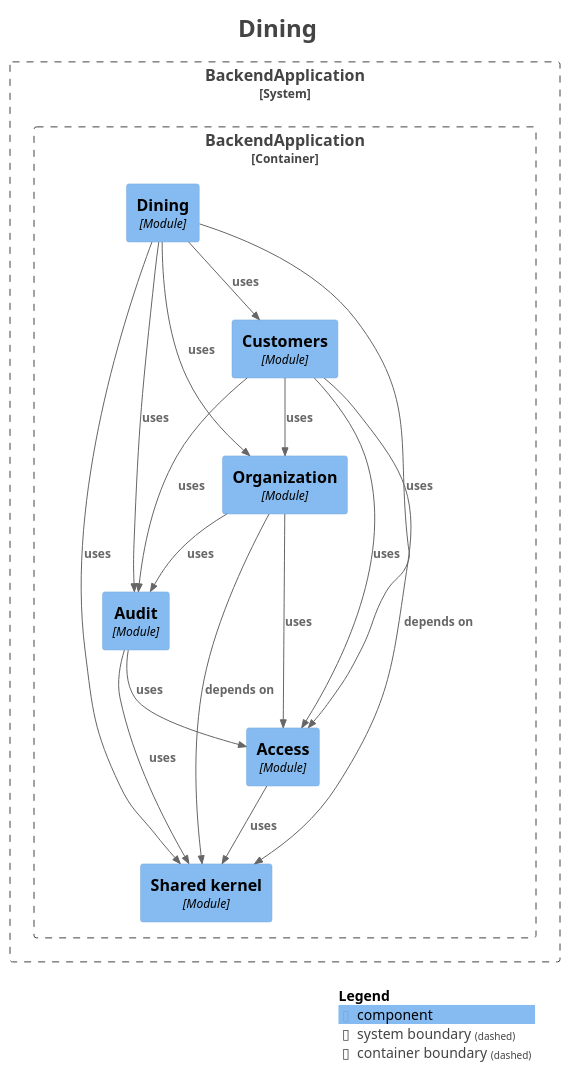
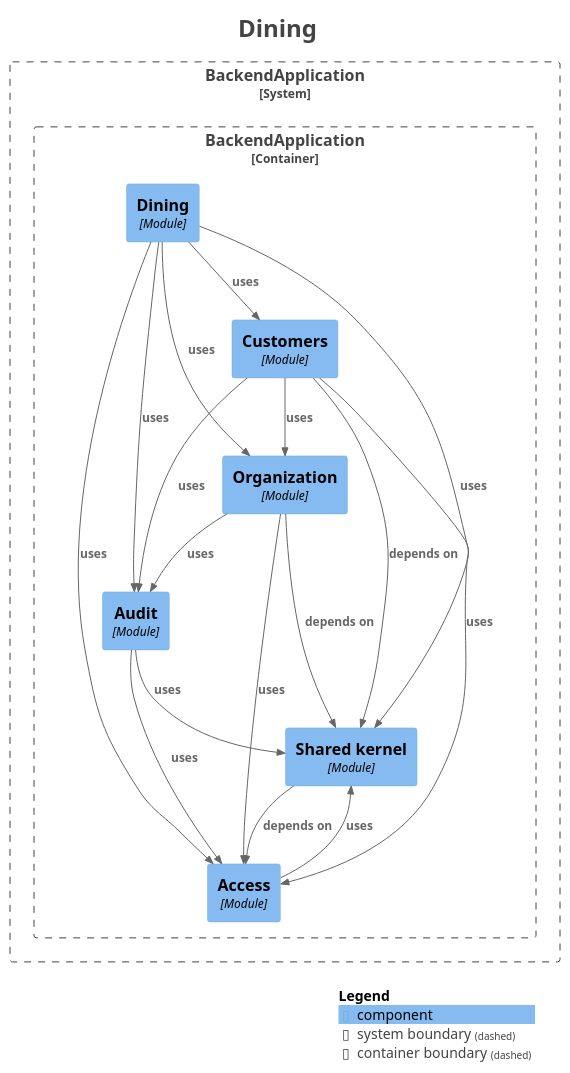
The diagram in docs/architecture/modules/module-dining.puml (fxavier/restaurantePRO), drawn with PlantUML before and after one commit. The commit also changed 33 other files, not shown here.

```diff
--- a/docs/architecture/modules/module-dining.puml
+++ b/docs/architecture/modules/module-dining.puml
@@ -1,48 +1,49 @@
 @startuml
 title <size:24>Dining</size>
 
 set separator none
 top to bottom direction
 
 <style>
   root {
     BackgroundColor: #ffffff
     FontColor: #444444
   }
 </style>
 
 !include <C4/C4>
 !include <C4/C4_Context>
 !include <C4/C4_Component>
 
 System_Boundary("BackendApplication_boundary", "BackendApplication", $tags="") {
   Container_Boundary("BackendApplication.BackendApplication_boundary", "BackendApplication", $tags="") {
-    Component(BackendApplication.BackendApplication.Dining, "Dining", $techn="Module", $descr="", $tags="", $link="")
+    Component(BackendApplication.BackendApplication.Organization, "Organization", $techn="Module", $descr="", $tags="", $link="")
     Component(BackendApplication.BackendApplication.Sharedkernel, "Shared kernel", $techn="Module", $descr="", $tags="", $link="")
     Component(BackendApplication.BackendApplication.Access, "Access", $techn="Module", $descr="", $tags="", $link="")
     Component(BackendApplication.BackendApplication.Audit, "Audit", $techn="Module", $descr="", $tags="", $link="")
-    Component(BackendApplication.BackendApplication.Organization, "Organization", $techn="Module", $descr="", $tags="", $link="")
     Component(BackendApplication.BackendApplication.Customers, "Customers", $techn="Module", $descr="", $tags="", $link="")
+    Component(BackendApplication.BackendApplication.Dining, "Dining", $techn="Module", $descr="", $tags="", $link="")
   }
 
 }
 
 Rel(BackendApplication.BackendApplication.Dining, BackendApplication.BackendApplication.Access, "uses", $techn="", $tags="", $link="")
+Rel(BackendApplication.BackendApplication.Dining, BackendApplication.BackendApplication.Sharedkernel, "uses", $techn="", $tags="", $link="")
 Rel(BackendApplication.BackendApplication.Dining, BackendApplication.BackendApplication.Audit, "uses", $techn="", $tags="", $link="")
-Rel(BackendApplication.BackendApplication.Dining, BackendApplication.BackendApplication.Sharedkernel, "uses", $techn="", $tags="", $link="")
 Rel(BackendApplication.BackendApplication.Dining, BackendApplication.BackendApplication.Organization, "uses", $techn="", $tags="", $link="")
 Rel(BackendApplication.BackendApplication.Dining, BackendApplication.BackendApplication.Customers, "uses", $techn="", $tags="", $link="")
+Rel(BackendApplication.BackendApplication.Sharedkernel, BackendApplication.BackendApplication.Access, "depends on", $techn="", $tags="", $link="")
 Rel(BackendApplication.BackendApplication.Organization, BackendApplication.BackendApplication.Sharedkernel, "depends on", $techn="", $tags="", $link="")
 Rel(BackendApplication.BackendApplication.Organization, BackendApplication.BackendApplication.Audit, "uses", $techn="", $tags="", $link="")
 Rel(BackendApplication.BackendApplication.Organization, BackendApplication.BackendApplication.Access, "uses", $techn="", $tags="", $link="")
-Rel(BackendApplication.BackendApplication.Audit, BackendApplication.BackendApplication.Access, "uses", $techn="", $tags="", $link="")
-Rel(BackendApplication.BackendApplication.Audit, BackendApplication.BackendApplication.Sharedkernel, "uses", $techn="", $tags="", $link="")
 Rel(BackendApplication.BackendApplication.Access, BackendApplication.BackendApplication.Sharedkernel, "uses", $techn="", $tags="", $link="")
 Rel(BackendApplication.BackendApplication.Customers, BackendApplication.BackendApplication.Sharedkernel, "depends on", $techn="", $tags="", $link="")
 Rel(BackendApplication.BackendApplication.Customers, BackendApplication.BackendApplication.Access, "uses", $techn="", $tags="", $link="")
 Rel(BackendApplication.BackendApplication.Customers, BackendApplication.BackendApplication.Organization, "uses", $techn="", $tags="", $link="")
 Rel(BackendApplication.BackendApplication.Customers, BackendApplication.BackendApplication.Audit, "uses", $techn="", $tags="", $link="")
+Rel(BackendApplication.BackendApplication.Audit, BackendApplication.BackendApplication.Access, "uses", $techn="", $tags="", $link="")
+Rel(BackendApplication.BackendApplication.Audit, BackendApplication.BackendApplication.Sharedkernel, "uses", $techn="", $tags="", $link="")
 
 SHOW_LEGEND(true)
 hide stereotypes
 @enduml
```
